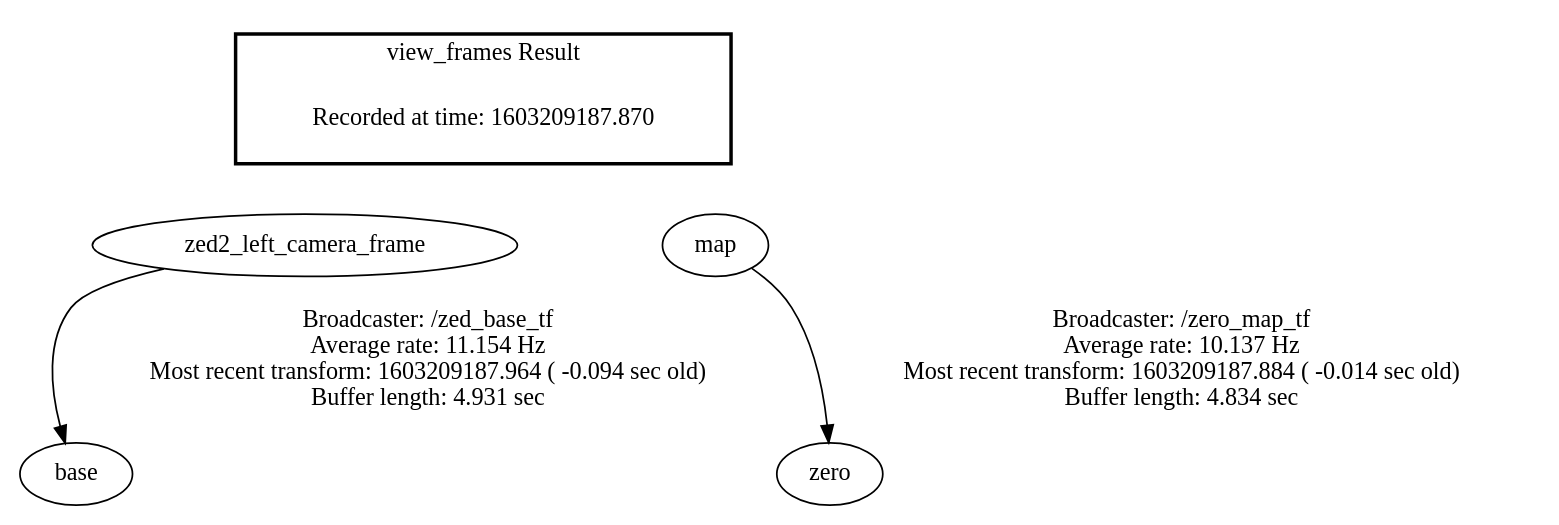
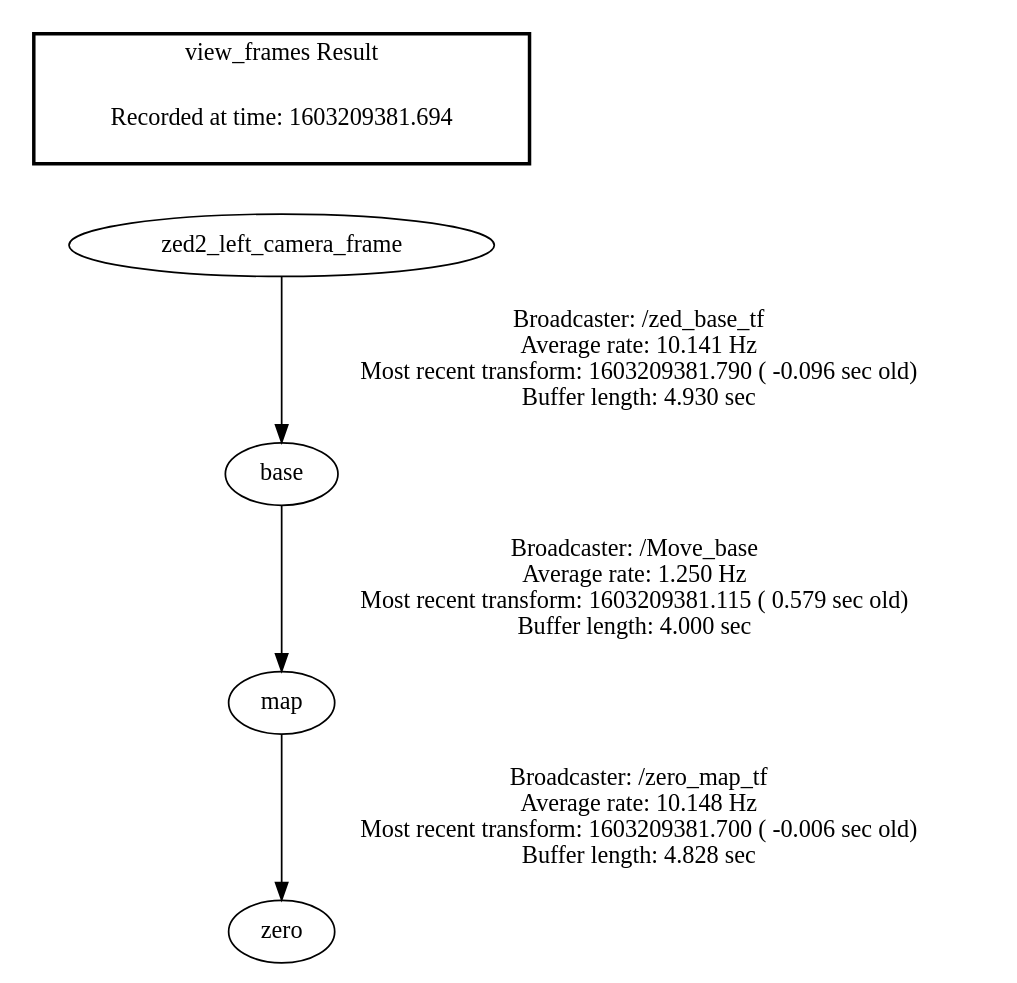
One commit to Thomasklein-git/Yolo changed the diagram in frames.gv. Above: the diagram before and after it, drawn with Graphviz. The commit also changed 2 other files, not shown here.

```diff
--- a/frames.gv
+++ b/frames.gv
@@ -1,12 +1,9 @@
 digraph G {
-"zed2_left_camera_frame" -> "base"[label="Broadcaster: /zed_base_tf\nAverage rate: 11.154 Hz\nMost recent transform: 1603209187.964 ( -0.094 sec old)\nBuffer length: 4.931 sec\n"];
-"map" -> "zero"[label="Broadcaster: /zero_map_tf\nAverage rate: 10.137 Hz\nMost recent transform: 1603209187.884 ( -0.014 sec old)\nBuffer length: 4.834 sec\n"];
+"zed2_left_camera_frame" -> "base"[label="Broadcaster: /zed_base_tf\nAverage rate: 10.141 Hz\nMost recent transform: 1603209381.790 ( -0.096 sec old)\nBuffer length: 4.930 sec\n"];
+"map" -> "zero"[label="Broadcaster: /zero_map_tf\nAverage rate: 10.148 Hz\nMost recent transform: 1603209381.700 ( -0.006 sec old)\nBuffer length: 4.828 sec\n"];
+"base" -> "map"[label="Broadcaster: /Move_base\nAverage rate: 1.250 Hz\nMost recent transform: 1603209381.115 ( 0.579 sec old)\nBuffer length: 4.000 sec\n"];
 edge [style=invis];
  subgraph cluster_legend { style=bold; color=black; label ="view_frames Result";
-"Recorded at time: 1603209187.870"[ shape=plaintext ] ;
+"Recorded at time: 1603209381.694"[ shape=plaintext ] ;
  }->"zed2_left_camera_frame";
-edge [style=invis];
- subgraph cluster_legend { style=bold; color=black; label ="view_frames Result";
-"Recorded at time: 1603209187.870"[ shape=plaintext ] ;
- }->"map";
 }
```
